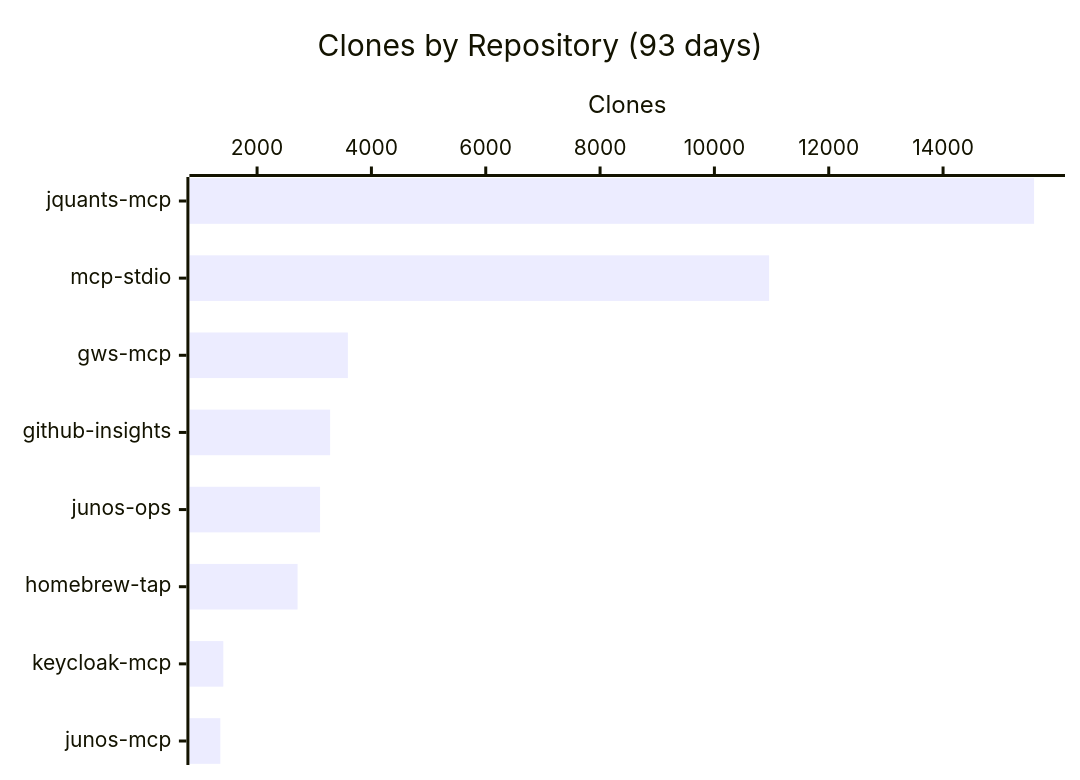
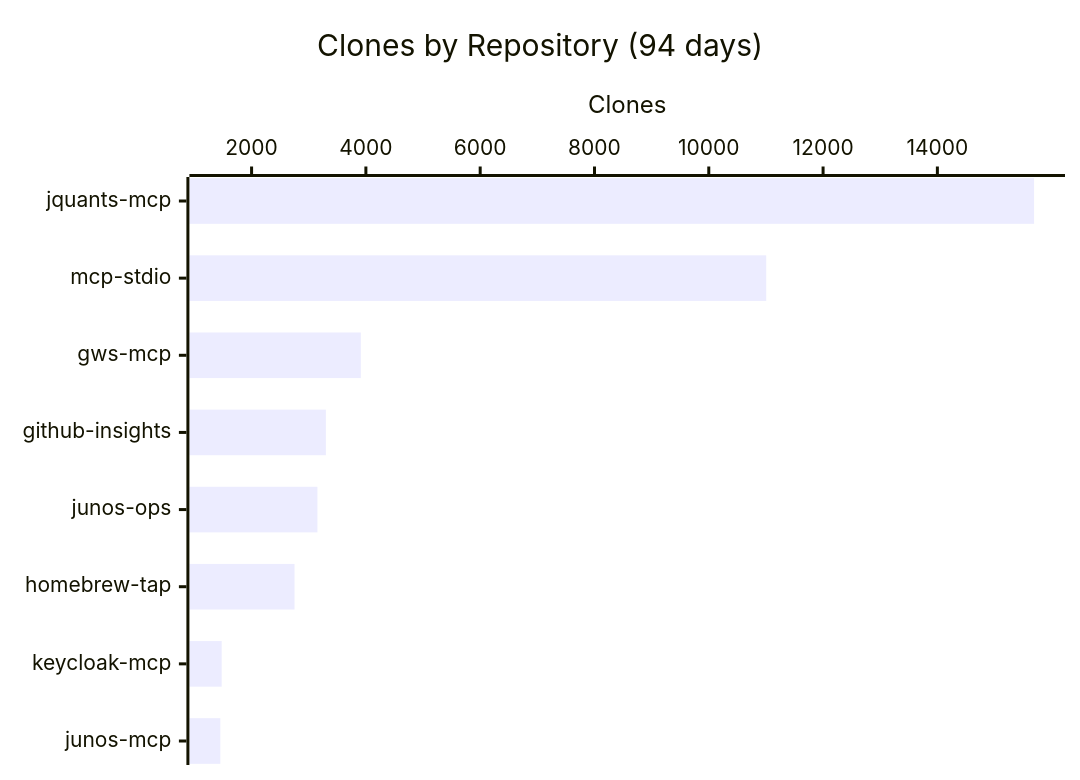
Before and after one commit to shigechika/github-insights: the third of 3 diagrams in README.md, drawn with Mermaid. The commit also changed other lines of this file and 2 other files, not shown here.

````diff
--- a/README.md
+++ b/README.md
@@ -43,7 +43,7 @@
 ```mermaid
 xychart-beta horizontal
-    title "Clones by Repository (93 days)"
+    title "Clones by Repository (94 days)"
     x-axis ["jquants-mcp", "mcp-stdio", "gws-mcp", "github-insights", "junos-ops", "homebrew-tap", "keycloak-mcp", "junos-mcp"]
     y-axis "Clones"
-    bar [15592, 10957, 3588, 3278, 3102, 2708, 1409, 1357]
+    bar [15692, 11005, 3911, 3300, 3152, 2751, 1477, 1453]
 ```
````
